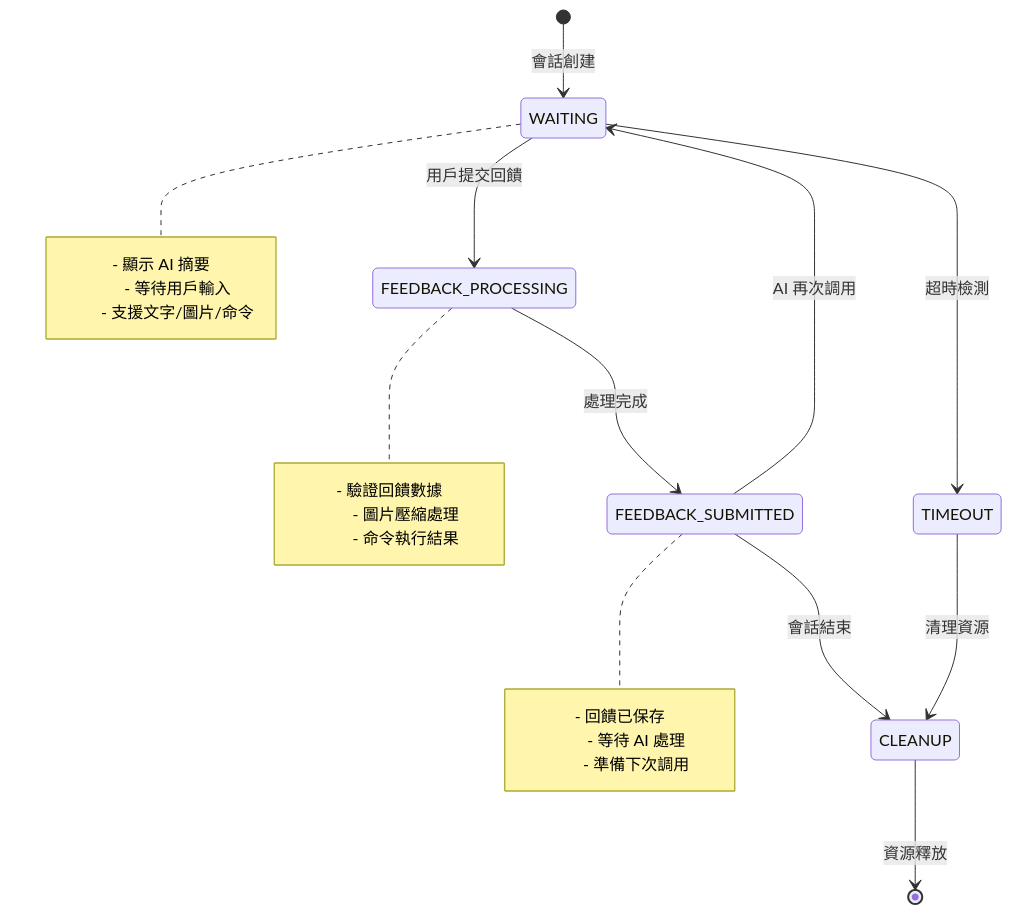
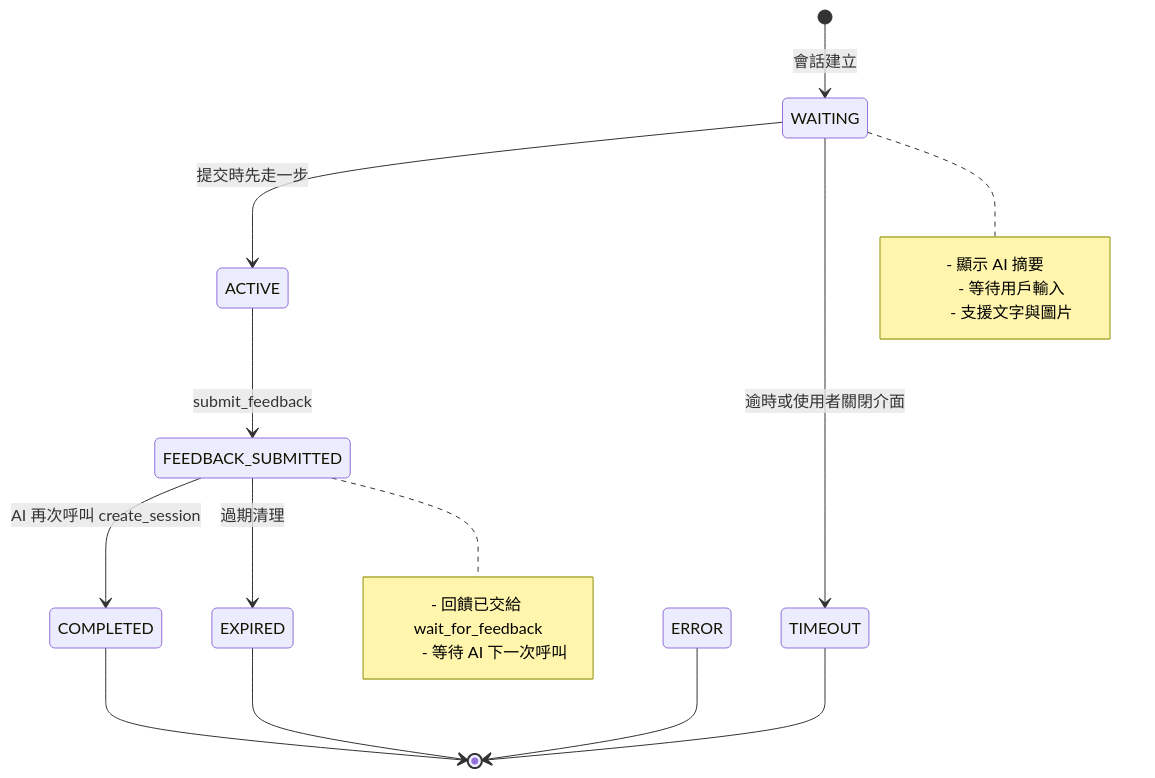
Before and after one commit to CloudEngineHub/mcp-feedback-enhanced: the fourth of 12 diagrams in docs/architecture/component-details.md, drawn with Mermaid. The commit also changed other lines of this file, not shown here.

````diff
--- a/docs/architecture/component-details.md
+++ b/docs/architecture/component-details.md
@@ -306,30 +319,24 @@
 ```mermaid
 stateDiagram-v2
-    [*] --> WAITING: 會話創建
-    WAITING --> FEEDBACK_PROCESSING: 用戶提交回饋
-    FEEDBACK_PROCESSING --> FEEDBACK_SUBMITTED: 處理完成
-    FEEDBACK_SUBMITTED --> WAITING: AI 再次調用
-    FEEDBACK_SUBMITTED --> CLEANUP: 會話結束
-    CLEANUP --> [*]: 資源釋放
-
-    WAITING --> TIMEOUT: 超時檢測
-    TIMEOUT --> CLEANUP: 清理資源
+    [*] --> WAITING: 會話建立
+    WAITING --> ACTIVE: 提交時先走一步
+    ACTIVE --> FEEDBACK_SUBMITTED: submit_feedback
+    FEEDBACK_SUBMITTED --> COMPLETED: AI 再次呼叫 create_session
+    WAITING --> TIMEOUT: 逾時或使用者關閉介面
+    FEEDBACK_SUBMITTED --> EXPIRED: 過期清理
+    COMPLETED --> [*]
+    TIMEOUT --> [*]
+    EXPIRED --> [*]
+    ERROR --> [*]
 
     note right of WAITING
         - 顯示 AI 摘要
         - 等待用戶輸入
-        - 支援文字/圖片/命令
-    end note
-
-    note right of FEEDBACK_PROCESSING
-        - 驗證回饋數據
-        - 圖片壓縮處理
-        - 命令執行結果
+        - 支援文字與圖片
     end note
 
     note right of FEEDBACK_SUBMITTED
-        - 回饋已保存
-        - 等待 AI 處理
-        - 準備下次調用
+        - 回饋已交給 wait_for_feedback
+        - 等待 AI 下一次呼叫
     end note
 ```
````
